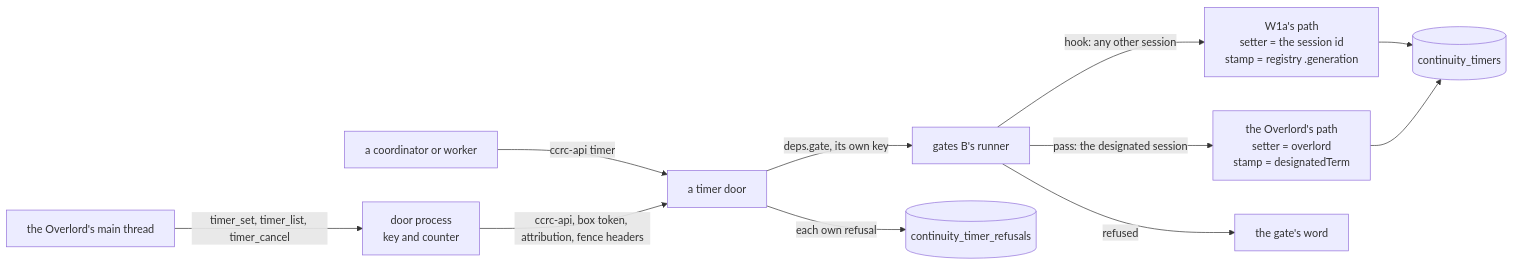
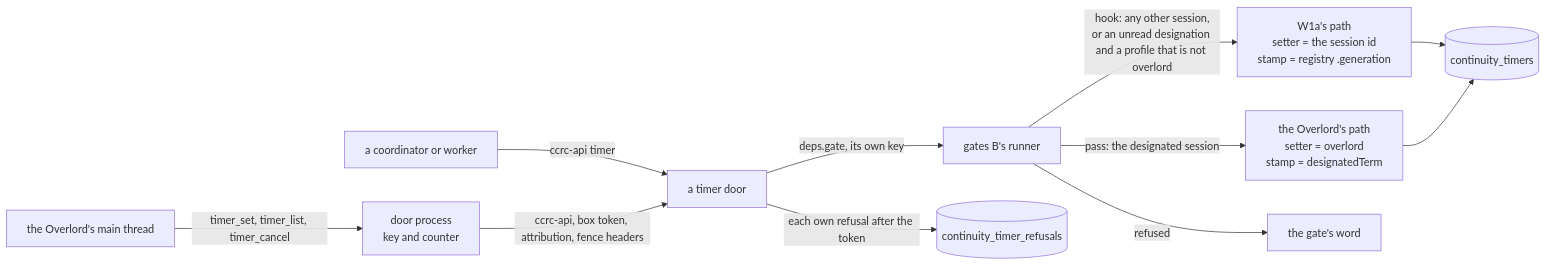
Before and after one commit to Synapsium-Labs/ccrc-pwa: the first of 2 diagrams in docs/superpowers/plans/2026-11-14-overlord-w1/w1-overlord-timers.md, drawn with Mermaid. The commit also changed other lines of this file, not shown here.

First line of the commit message:
docs(plan): the Overlord's timers, fix round 1 (review 2182)

````diff
--- a/docs/superpowers/plans/2026-11-14-overlord-w1/w1-overlord-timers.md
+++ b/docs/superpowers/plans/2026-11-14-overlord-w1/w1-overlord-timers.md
@@ -60,13 +66,13 @@
 ```mermaid
 flowchart LR
   OV["the Overlord's main thread"] -->|"timer_set, timer_list, timer_cancel"| DP["door process<br/>key and counter"]
   CO["a coordinator or worker"] -->|"ccrc-api timer"| D
   DP -->|"ccrc-api, box token, attribution, fence headers"| D["a timer door"]
   D -->|"deps.gate, its own key"| G["gates B's runner"]
-  G -->|"hook: any other session"| W1A["W1a's path<br/>setter = the session id<br/>stamp = registry .generation"]
+  G -->|"hook: any other session,<br/>or an unread designation and a profile that is not overlord"| W1A["W1a's path<br/>setter = the session id<br/>stamp = registry .generation"]
   G -->|"pass: the designated session"| OVP["the Overlord's path<br/>setter = overlord<br/>stamp = designatedTerm"]
   G -->|"refused"| X["the gate's word"]
   W1A --> T[("continuity_timers")]
   OVP --> T
-  D -->|"each own refusal"| RC[("continuity_timer_refusals")]
+  D -->|"each own refusal after the token"| RC[("continuity_timer_refusals")]
 ```
````
